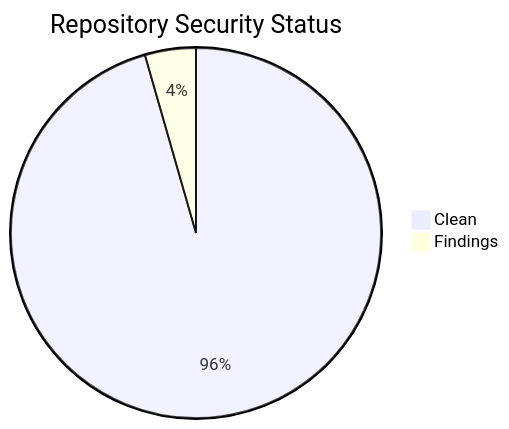
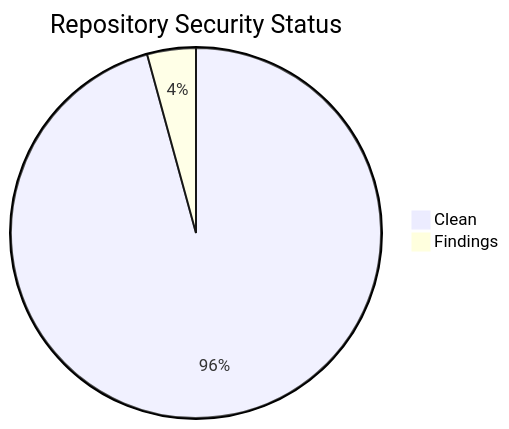
Before and after one commit to icepaule/icepaule.github.io: the second of 2 diagrams in projects/status.md, drawn with Mermaid. The commit also changed other lines of this file and 6 other files, not shown here.

````diff
--- a/projects/status.md
+++ b/projects/status.md
@@ -108,5 +110,5 @@
 ```mermaid
 pie title Repository Security Status
-    "Clean" : 43
+    "Clean" : 45
     "Findings" : 2
 ```
````
